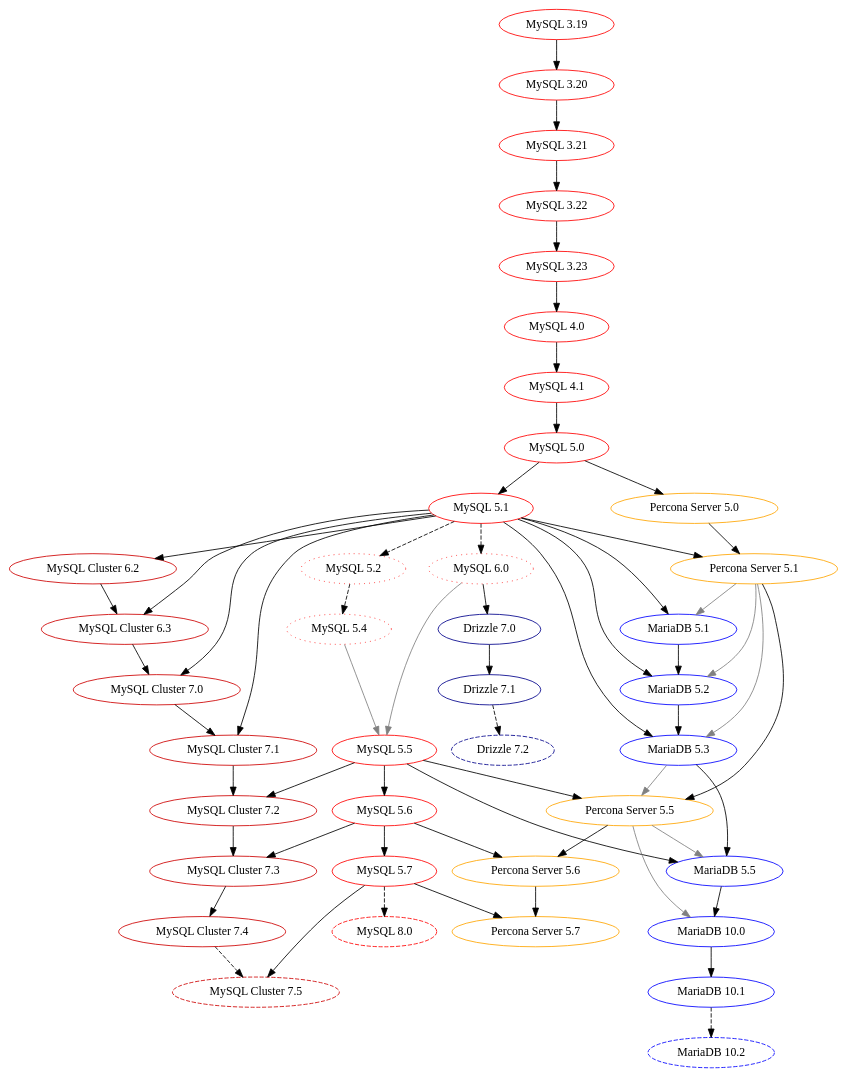
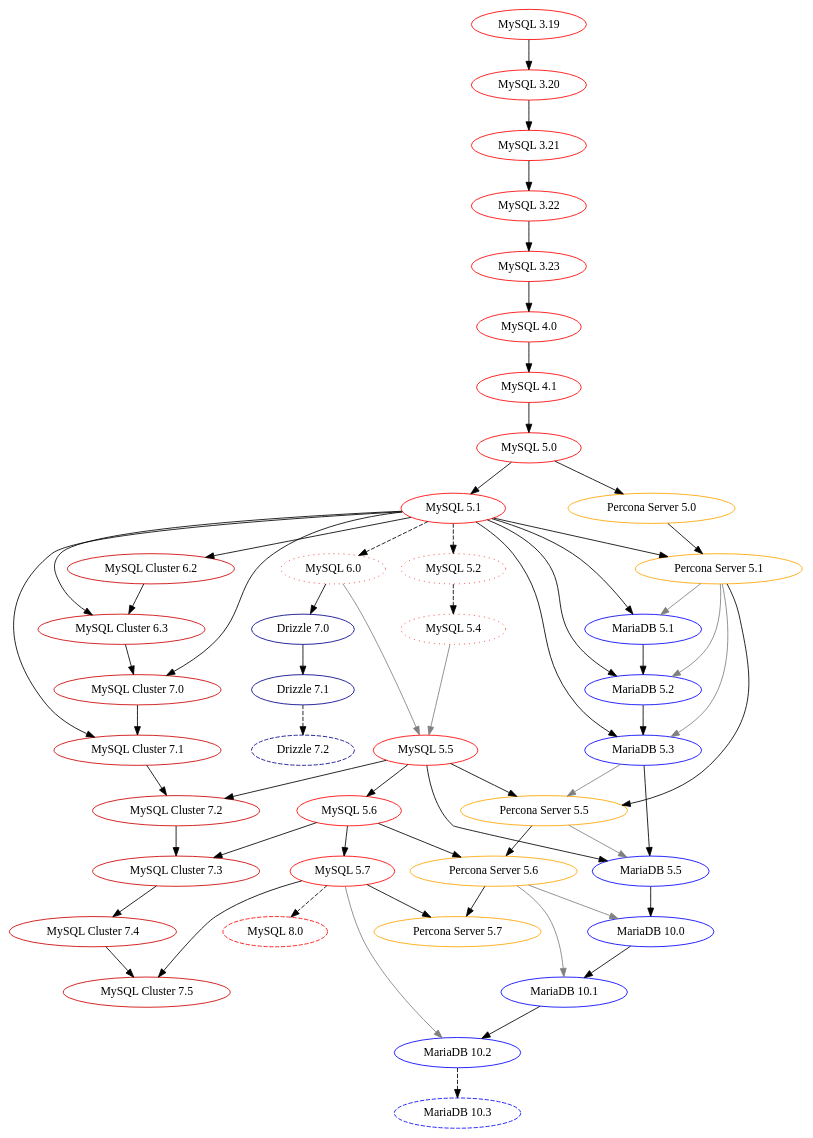
The diagram in mysql-history-graph.dot (dveeden/mysql-history-graph), drawn with Graphviz before and after one commit. The commit also changed 2 other files, not shown here.

Commit message:
Updated for MariaDB Server 10.2, MySQL 8

```diff
--- a/mysql-history-graph.dot
+++ b/mysql-history-graph.dot
@@ -1,120 +1,125 @@
 digraph mysql_history_graph {
 	/* Standards:
 	   Non-GA: 		dashed
 	   Abandoned: 		dotted 
 	   Oracle MySQL: 	red
 	   MySQL Cluster: 	red3
 	   MariaDB: 		blue
 	   Drizzle: 		blue4
 	   Percona Server: 	orange
 	*/
 
 	/* MySQL/Sun/Oracle MySQL GA */
 	"MySQL 3.19" [color="red"];
 	"MySQL 3.20" [color="red"];
 	"MySQL 3.21" [color="red"];
 	"MySQL 3.22" [color="red"];
 	"MySQL 3.23" [color="red"];
 	"MySQL 4.0" [color="red"];
 	"MySQL 4.1" [color="red"];
 	"MySQL 5.0" [color="red"];
 	"MySQL 5.1" [color="red"];
 	"MySQL 5.5" [color="red"];
 	"MySQL 5.6" [color="red"];
 	"MySQL 5.7" [color="red"];
 	"MySQL 3.19" -> "MySQL 3.20";
 	"MySQL 3.20" -> "MySQL 3.21";
 	"MySQL 3.21" -> "MySQL 3.22";
 	"MySQL 3.22" -> "MySQL 3.23";
 	"MySQL 3.23" -> "MySQL 4.0";
 	"MySQL 4.0" -> "MySQL 4.1";
 	"MySQL 4.1" -> "MySQL 5.0";
 	"MySQL 5.0" -> "MySQL 5.1";
 	"MySQL 5.5" -> "MySQL 5.6";
 	"MySQL 5.6" -> "MySQL 5.7";
 	"MySQL 5.4" -> "MySQL 5.5" [color="grey"]; // InnoDB Scalability
 	"MySQL 6.0" -> "MySQL 5.5" [color="grey"]; // Optimizer improvements
 
 	/* MySQL/Sun/Oracle non-GA */	
 	"MySQL 5.2" [color="red",style="dotted"];
 	"MySQL 5.4" [color="red",style="dotted"];
 	"MySQL 6.0" [color="red",style="dotted"];
 	"MySQL 8.0" [color="red",style="dashed"];
 	"MySQL 5.1" -> "MySQL 5.2" [style="dashed"];
 	"MySQL 5.1" -> "MySQL 6.0" [style="dashed"];
 	"MySQL 5.2" -> "MySQL 5.4" [style="dashed"];
 	"MySQL 5.7" -> "MySQL 8.0" [style="dashed"];
 
 	/* MySQL Cluster (NDB) */
 	"MySQL Cluster 6.2" [color="red3"]
 	"MySQL Cluster 6.3" [color="red3"]
 	"MySQL Cluster 7.0" [color="red3"]
 	"MySQL Cluster 7.1" [color="red3"]
 	"MySQL Cluster 7.2" [color="red3"]
 	"MySQL Cluster 7.3"  [color="red3"]
 	"MySQL Cluster 7.4"  [color="red3"]
-	"MySQL Cluster 7.5"  [color="red3", style="dashed"]
+	"MySQL Cluster 7.5"  [color="red3"]
 	"MySQL 5.1" -> "MySQL Cluster 6.2";
 	"MySQL 5.1" -> "MySQL Cluster 6.3";
 	"MySQL Cluster 6.2" -> "MySQL Cluster 6.3";
 	"MySQL 5.1" -> "MySQL Cluster 7.0";
 	"MySQL Cluster 6.3" -> "MySQL Cluster 7.0";
 	"MySQL 5.1" -> "MySQL Cluster 7.1";
 	"MySQL Cluster 7.0" -> "MySQL Cluster 7.1";
 	"MySQL 5.5" -> "MySQL Cluster 7.2";
 	"MySQL Cluster 7.1" -> "MySQL Cluster 7.2";
 	"MySQL 5.6" -> "MySQL Cluster 7.3";
 	"MySQL Cluster 7.2" -> "MySQL Cluster 7.3";
 	"MySQL Cluster 7.3" -> "MySQL Cluster 7.4";
 	"MySQL 5.7" -> "MySQL Cluster 7.5";
-	"MySQL Cluster 7.4" -> "MySQL Cluster 7.5" [style="dashed"];
+	"MySQL Cluster 7.4" -> "MySQL Cluster 7.5";
 
 	/* MariaDB */
 	"MariaDB 5.1" [color="blue"];
 	"MariaDB 5.2" [color="blue"];
 	"MariaDB 5.3" [color="blue"];
 	"MariaDB 5.5" [color="blue"];
 	"MariaDB 10.0" [color="blue"];
 	"MariaDB 10.1" [color="blue"];
-	"MariaDB 10.2" [color="blue",style="dashed"];
+	"MariaDB 10.2" [color="blue"];
+	"MariaDB 10.3" [color="blue",style="dashed"];
 	"MySQL 5.1" -> "MariaDB 5.1";
 	"Percona Server 5.1" -> "MariaDB 5.1" [color="grey"]; // XtraDB
 	"MySQL 5.1" -> "MariaDB 5.2";
 	"MariaDB 5.1" -> "MariaDB 5.2";
 	"Percona Server 5.1" -> "MariaDB 5.2" [color="grey"]; // XtraDB
 	"MySQL 5.1" -> "MariaDB 5.3";
 	"MariaDB 5.2" -> "MariaDB 5.3";
 	"Percona Server 5.1" -> "MariaDB 5.3" [color="grey"]; // XtraDB
 	"MySQL 5.5" -> "MariaDB 5.5";
 	"MariaDB 5.3" -> "MariaDB 5.5";
 	"Percona Server 5.5" -> "MariaDB 5.5" [color="grey"]; // XtraDB
 	"MariaDB 5.5" -> "MariaDB 10.0";
-	"Percona Server 5.5" -> "MariaDB 10.0" [color="grey"]; // XtraDB
 	"MariaDB 10.0" -> "MariaDB 10.1";
-	"MariaDB 10.1" -> "MariaDB 10.2" [style="dashed"];
+	"Percona Server 5.6" -> "MariaDB 10.0" [color="grey"]; // XtraDB
+	"MariaDB 10.1" -> "MariaDB 10.2"; // InnoDB
+	"Percona Server 5.6" -> "MariaDB 10.1" [color="grey"]; // XtraDB
+	"MariaDB 10.2" -> "MariaDB 10.3" [style="dashed"];
+	"MySQL 5.7" -> "MariaDB 10.2" [color="grey"]; // InnoDB
+
 
 	/* Percona Server */
 	"Percona Server 5.0" [color="orange"];
 	"Percona Server 5.1" [color="orange"];
 	"Percona Server 5.5" [color="orange"];
 	"Percona Server 5.6" [color="orange"];
 	"Percona Server 5.7" [color="orange"];
 	"MySQL 5.0" -> "Percona Server 5.0";
 	"MySQL 5.1" -> "Percona Server 5.1";
 	"Percona Server 5.0" -> "Percona Server 5.1";
 	"MySQL 5.5" -> "Percona Server 5.5";
 	"Percona Server 5.1" -> "Percona Server 5.5";
 	"MariaDB 5.3" -> "Percona Server 5.5" [color="grey"]; // group commit
 	"MySQL 5.6" -> "Percona Server 5.6";
 	"Percona Server 5.5" -> "Percona Server 5.6";
 	"MySQL 5.7" -> "Percona Server 5.7";
 	"Percona Server 5.6" -> "Percona Server 5.7";
 
 	/* Drizzle */
 	"Drizzle 7.0" [color="blue4"];
 	"Drizzle 7.1" [color="blue4"];
 	"Drizzle 7.2" [color="blue4", style="dashed"];
 	"MySQL 6.0" -> "Drizzle 7.0";
 	"Drizzle 7.0" -> "Drizzle 7.1";
 	"Drizzle 7.1" -> "Drizzle 7.2" [style="dashed"];
 }
```
